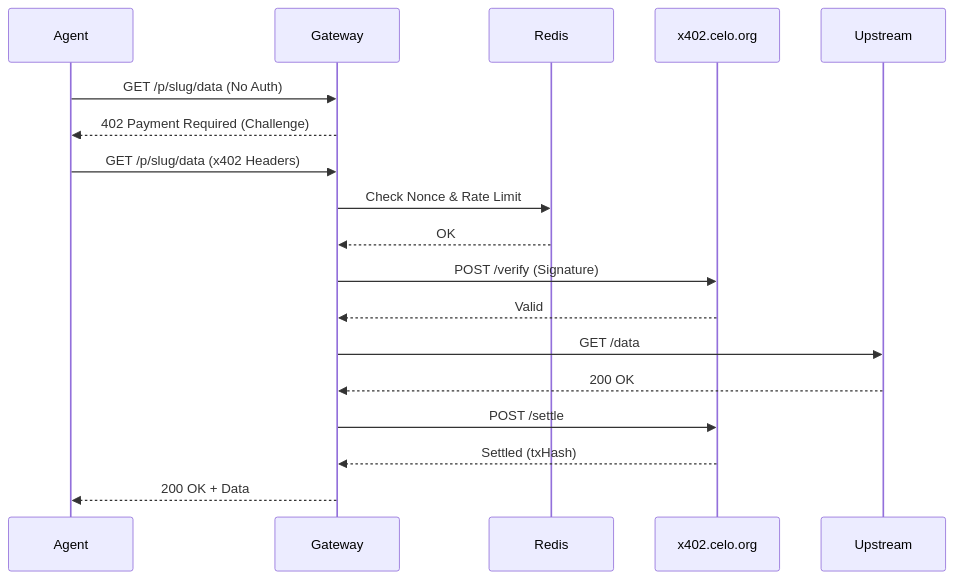
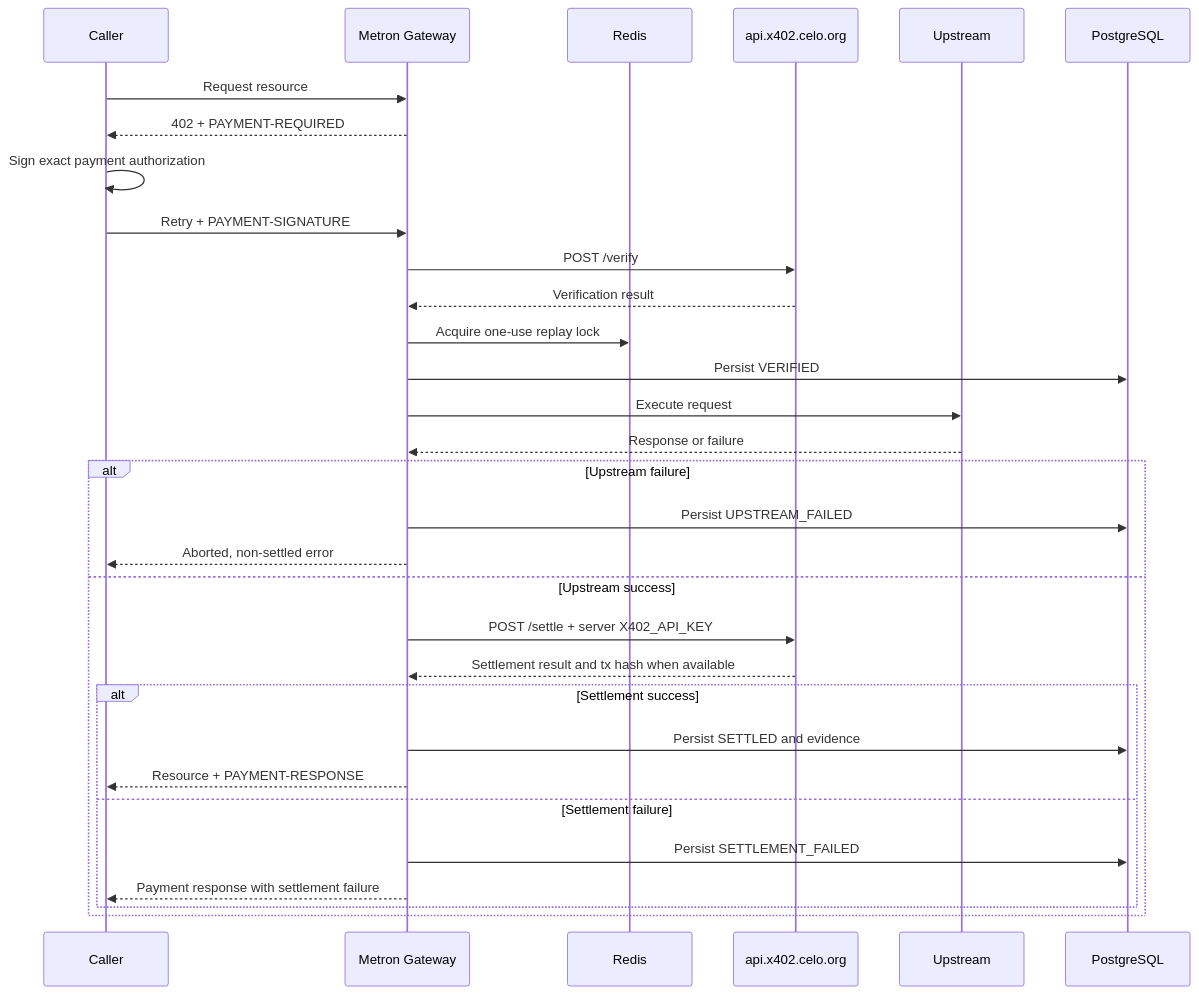
One commit to Devendurance/usemetron changed the third of 3 diagrams in docs/system-architecture-and-database-schema.md. Above: the diagram before and after it, drawn with Mermaid. The commit also changed other lines of this file and 176 other files, not shown here.

````diff
--- a/docs/system-architecture-and-database-schema.md
+++ b/docs/system-architecture-and-database-schema.md
@@ -81,25 +128,34 @@
 ```mermaid
 sequenceDiagram
-    participant Agent
-    participant Gateway
-    participant Redis
-    participant x402 as x402.celo.org
-    participant Upstream
-    
-    Agent->>Gateway: GET /p/slug/data (No Auth)
-    Gateway-->>Agent: 402 Payment Required (Challenge)
-    
-    Agent->>Gateway: GET /p/slug/data (x402 Headers)
-    Gateway->>Redis: Check Nonce & Rate Limit
-    Redis-->>Gateway: OK
-    
-    Gateway->>x402: POST /verify (Signature)
-    x402-->>Gateway: Valid
-    
-    Gateway->>Upstream: GET /data
-    Upstream-->>Gateway: 200 OK
-    
-    Gateway->>x402: POST /settle
-    x402-->>Gateway: Settled (txHash)
-    Gateway-->>Agent: 200 OK + Data
+  participant Caller
+  participant Gateway as Metron Gateway
+  participant Redis
+  participant Facilitator as api.x402.celo.org
+  participant Upstream
+  participant DB as PostgreSQL
+
+  Caller->>Gateway: Request resource
+  Gateway-->>Caller: 402 + PAYMENT-REQUIRED
+  Caller->>Caller: Sign exact payment authorization
+  Caller->>Gateway: Retry + PAYMENT-SIGNATURE
+  Gateway->>Facilitator: POST /verify
+  Facilitator-->>Gateway: Verification result
+  Gateway->>Redis: Acquire one-use replay lock
+  Gateway->>DB: Persist VERIFIED
+  Gateway->>Upstream: Execute request
+  Upstream-->>Gateway: Response or failure
+  alt Upstream failure
+    Gateway->>DB: Persist UPSTREAM_FAILED
+    Gateway-->>Caller: Aborted, non-settled error
+  else Upstream success
+    Gateway->>Facilitator: POST /settle + server X402_API_KEY
+    Facilitator-->>Gateway: Settlement result and tx hash when available
+    alt Settlement success
+      Gateway->>DB: Persist SETTLED and evidence
+      Gateway-->>Caller: Resource + PAYMENT-RESPONSE
+    else Settlement failure
+      Gateway->>DB: Persist SETTLEMENT_FAILED
+      Gateway-->>Caller: Payment response with settlement failure
+    end
+  end
 ```
````
